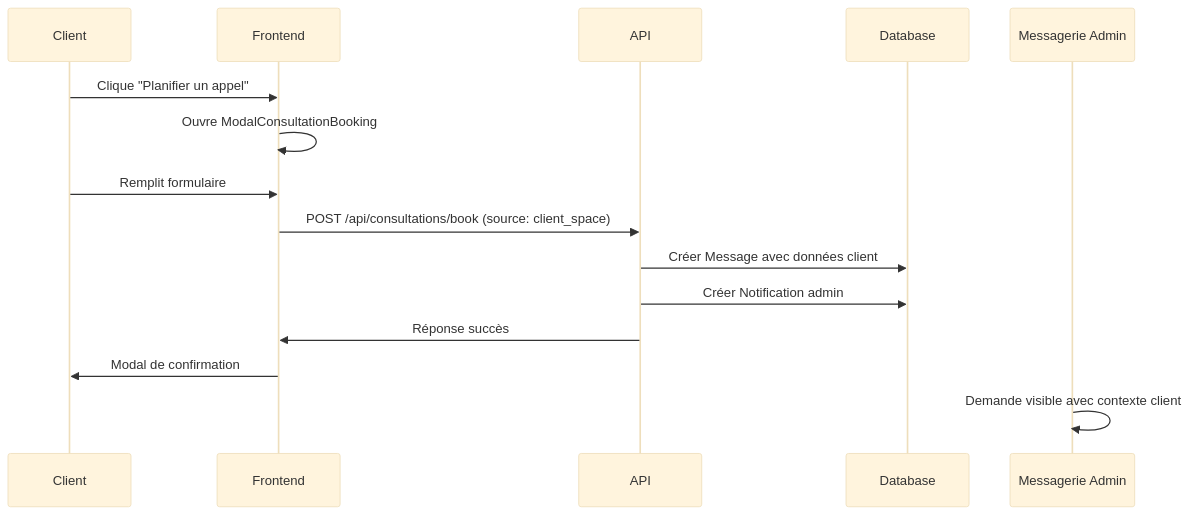
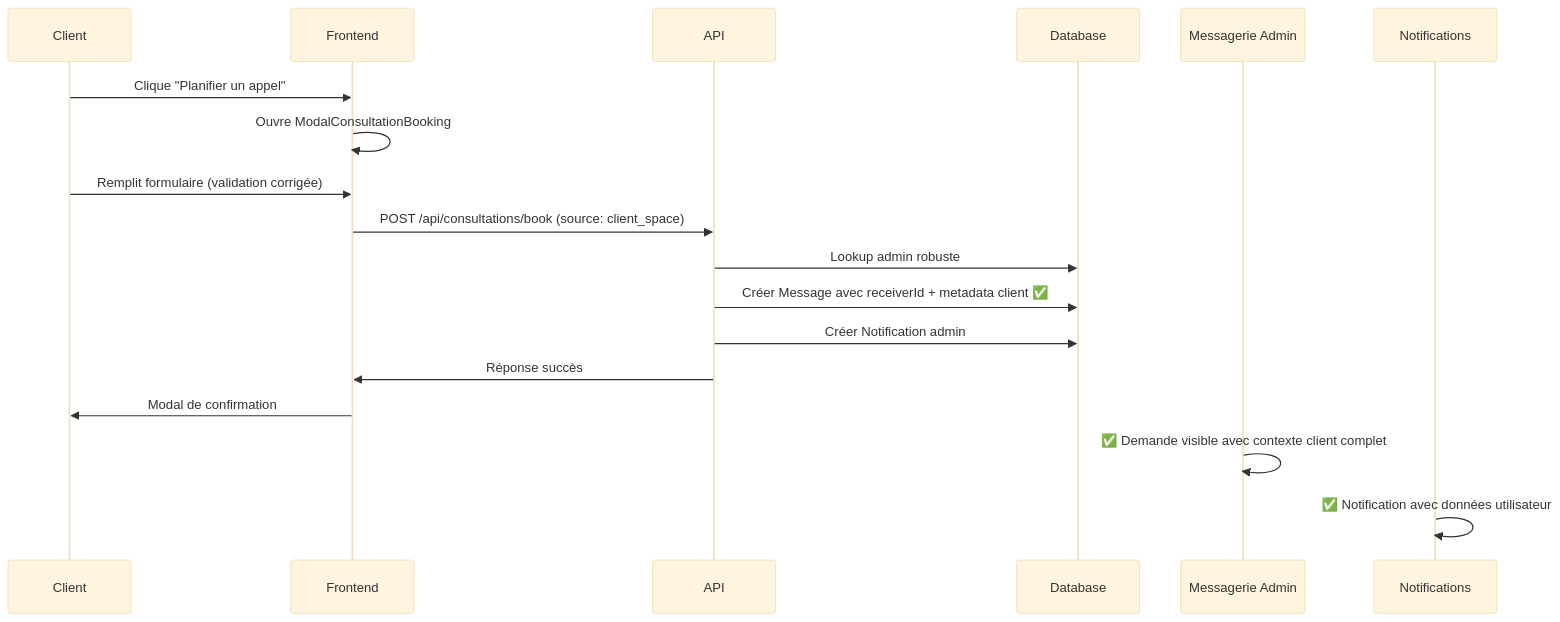
The second of 3 diagrams in docs/CONSULTATION_BOOKING_GUIDE.md (krismos64/Staka-livres), drawn with Mermaid (base theme) before and after one commit. The commit also changed other lines of this file and 8 other files, not shown here.

````diff
--- a/docs/CONSULTATION_BOOKING_GUIDE.md
+++ b/docs/CONSULTATION_BOOKING_GUIDE.md
@@ -130,18 +232,21 @@
 ```mermaid
 sequenceDiagram
     participant C as Client
     participant F as Frontend  
     participant A as API
     participant D as Database
     participant M as Messagerie Admin
+    participant N as Notifications
 
     C->>F: Clique "Planifier un appel"
     F->>F: Ouvre ModalConsultationBooking
-    C->>F: Remplit formulaire
+    C->>F: Remplit formulaire (validation corrigée)
     F->>A: POST /api/consultations/book (source: client_space)
-    A->>D: Créer Message avec données client
+    A->>D: Lookup admin robuste
+    A->>D: Créer Message avec receiverId + metadata client ✅
     A->>D: Créer Notification admin
     A->>F: Réponse succès
     F->>C: Modal de confirmation
-    M->>M: Demande visible avec contexte client
+    M->>M: ✅ Demande visible avec contexte client complet
+    N->>N: ✅ Notification avec données utilisateur
 ```
````
